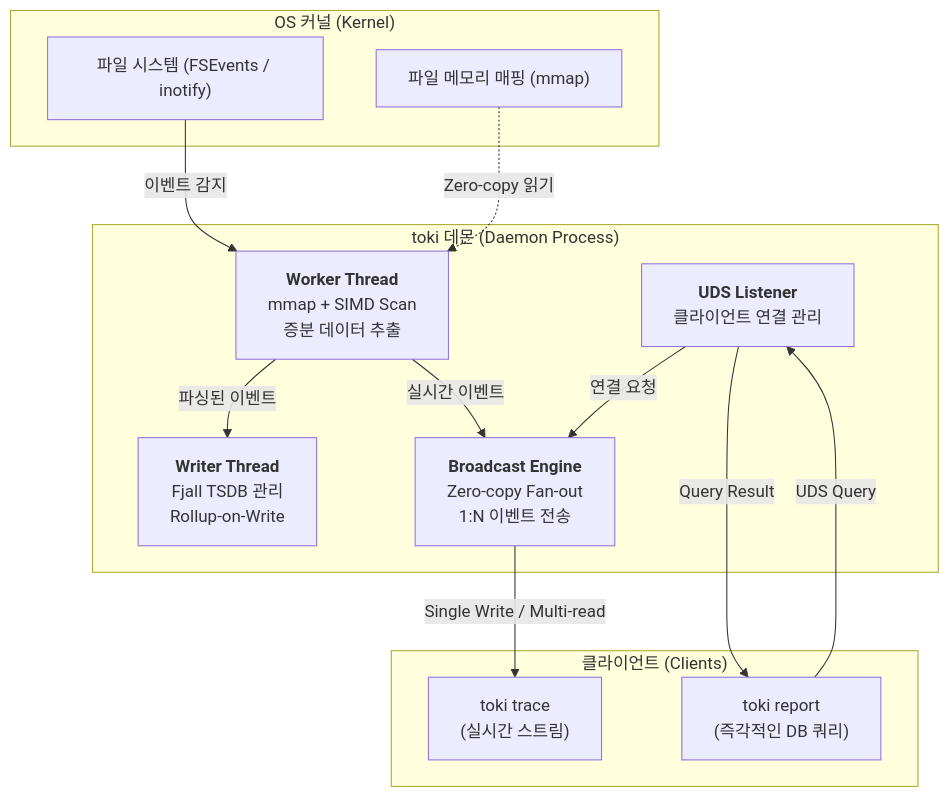
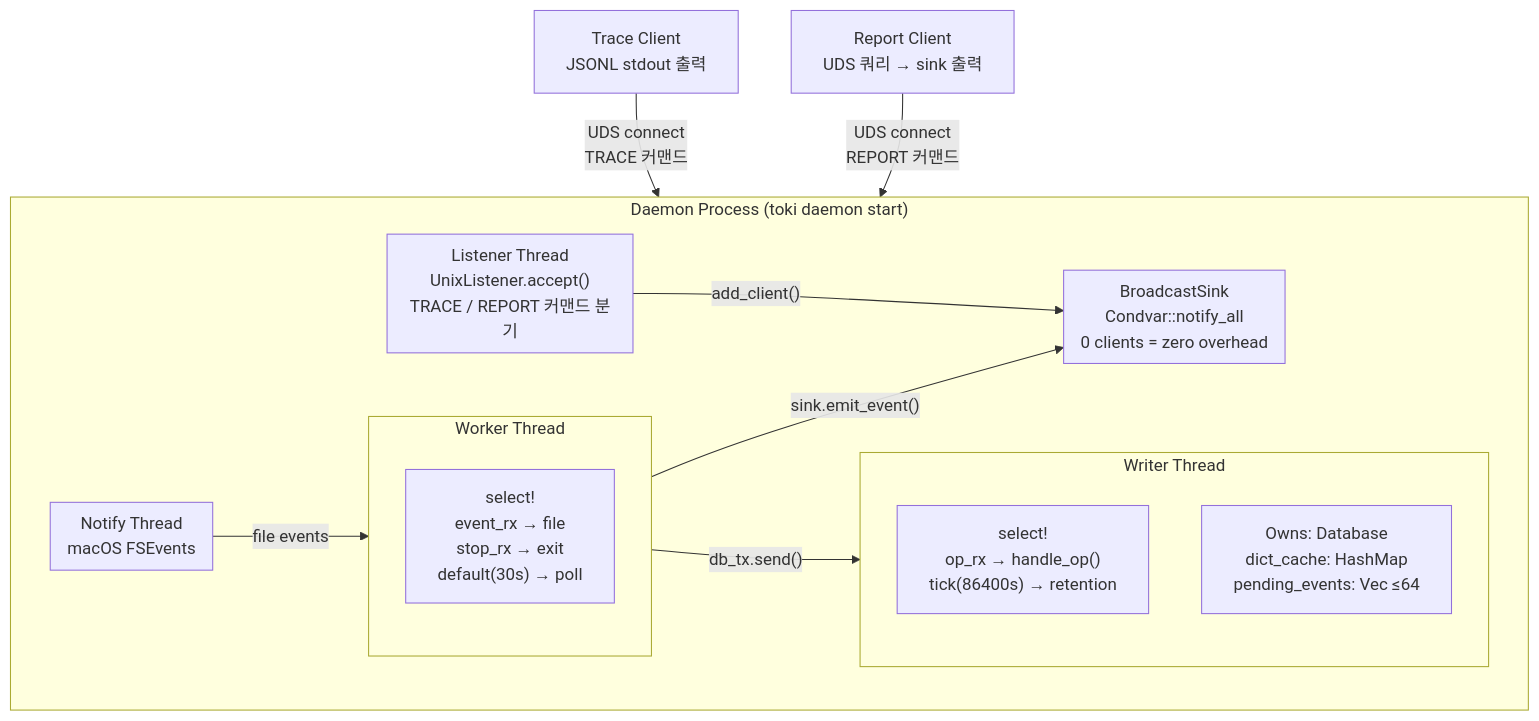
One commit to korjwl1/toki changed the diagram in docs/DESIGN.ko.md. Above: the diagram before and after it, drawn with Mermaid. The commit also changed other lines of this file and 3 other files, not shown here.

````diff
--- a/docs/DESIGN.ko.md
+++ b/docs/DESIGN.ko.md
@@ -11,28 +12,30 @@
 ```mermaid
 graph TD
-    subgraph OS_Kernel["OS 커널 (Kernel)"]
-        FS["파일 시스템 (FSEvents / inotify)"]
-        MMAP["파일 메모리 매핑 (mmap)"]
+    subgraph Daemon["Daemon Process (toki daemon start)"]
+        subgraph Worker["Worker Thread"]
+            W_select["select!<br/>event_rx → file<br/>stop_rx → exit<br/>default(30s) → poll"]
+        end
+
+        subgraph Writer["Writer Thread"]
+            Wr_select["select!<br/>op_rx → handle_op()<br/>tick(86400s) → retention"]
+            Wr_db["Owns: Database<br/>dict_cache: HashMap<br/>pending_events: Vec ≤64"]
+        end
+
+        subgraph Notify["Notify Thread<br/>macOS FSEvents"]
+        end
+
+        subgraph Broadcast["BroadcastSink<br/>Condvar::notify_all<br/>0 clients = zero overhead"]
+        end
+
+        subgraph Listener["Listener Thread<br/>UnixListener.accept()<br/>TRACE / REPORT 커맨드 분기"]
+        end
     end
 
-    subgraph Daemon["toki 데몬 (Daemon Process)"]
-        Worker["<b>Worker Thread</b><br/>mmap + SIMD Scan<br/>증분 데이터 추출"]
-        Writer["<b>Writer Thread</b><br/>Fjall TSDB 관리<br/>Rollup-on-Write"]
-        Broadcast["<b>Broadcast Engine</b><br/>Zero-copy Fan-out<br/>1:N 이벤트 전송"]
-        Listener["<b>UDS Listener</b><br/>클라이언트 연결 관리"]
-    end
+    Notify -->|"file events"| Worker
+    Worker -->|"db_tx.send()"| Writer
+    Worker -->|"sink.emit_event()"| Broadcast
+    Listener -->|"add_client()"| Broadcast
 
-    subgraph Clients["클라이언트 (Clients)"]
-        Trace["toki trace<br/>(실시간 스트림)"]
-        Report["toki report<br/>(즉각적인 DB 쿼리)"]
-    end
-
-    FS -->|이벤트 감지| Worker
-    MMAP -.->|Zero-copy 읽기| Worker
-    Worker -->|파싱된 이벤트| Writer
-    Worker -->|실시간 이벤트| Broadcast
-    Broadcast -->|Single Write / Multi-read| Trace
-    Listener -->|연결 요청| Broadcast
-    Report -->|UDS Query| Listener
-    Listener -->|Query Result| Report
+    TraceClient["Trace Client<br/>JSONL stdout 출력"] -->|"UDS connect<br/>TRACE 커맨드"| Daemon
+    ReportClient["Report Client<br/>UDS 쿼리 → sink 출력"] -->|"UDS connect<br/>REPORT 커맨드"| Daemon
 ```
````
